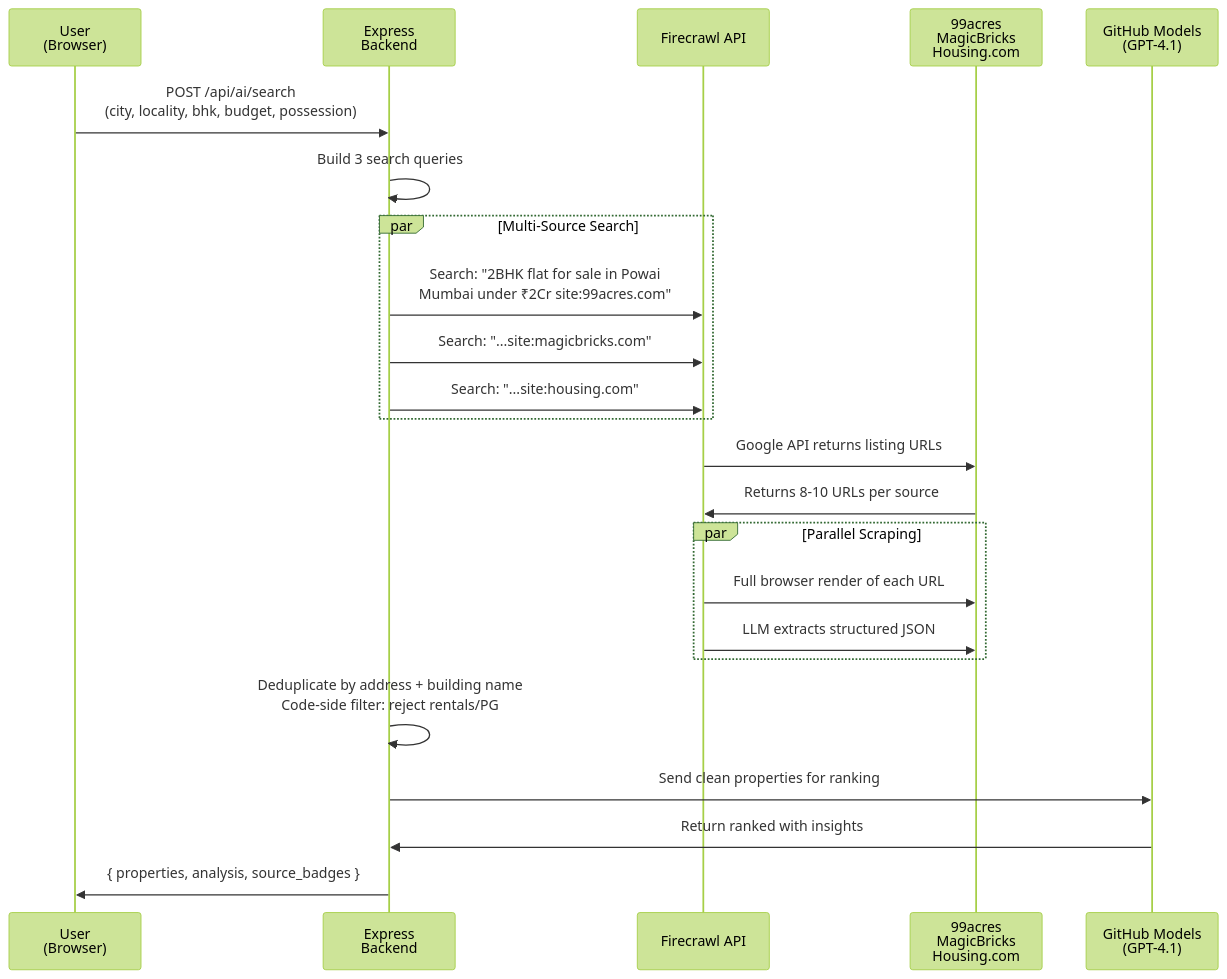
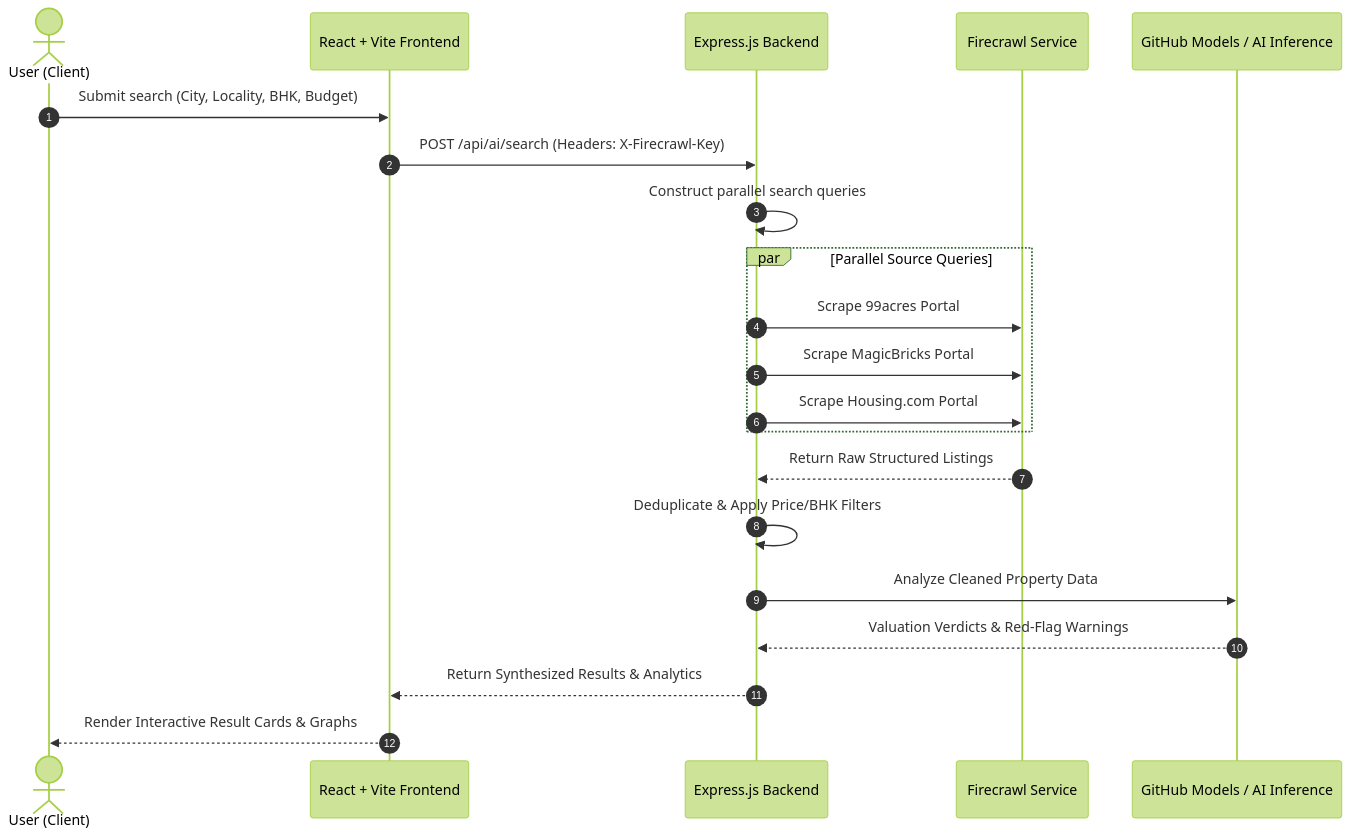
The first of 2 diagrams in README.md (abhishekachar05/Real-Estate-Website), drawn with Mermaid (forest theme) before and after one commit. The commit also changed other lines of this file, not shown here.

Commit message:
docs: modernize and redesign README with clean layout and working previews

````diff
--- a/README.md
+++ b/README.md
@@ -142,32 +143,24 @@
 ```mermaid
 sequenceDiagram
-    participant User as User<br/>(Browser)
-    participant Backend as Express<br/>Backend
-    participant Firecrawl as Firecrawl API
-    participant Sources as 99acres<br/>MagicBricks<br/>Housing.com
-    participant AI as GitHub Models<br/>(GPT-4.1)
+    autonumber
+    actor User as User (Client)
+    participant Client as React + Vite Frontend
+    participant API as Express.js Backend
+    participant FC as Firecrawl Service
+    participant LLM as GitHub Models / AI Inference
     
-    User->>Backend: POST /api/ai/search<br/>(city, locality, bhk, budget, possession)
-    Backend->>Backend: Build 3 search queries
-    
-    par Multi-Source Search
-        Backend->>Firecrawl: Search: "2BHK flat for sale in Powai<br/>Mumbai under ₹2Cr site:99acres.com"
-        Backend->>Firecrawl: Search: "...site:magicbricks.com"
-        Backend->>Firecrawl: Search: "...site:housing.com"
+    User->>Client: Submit search (City, Locality, BHK, Budget)
+    Client->>API: POST /api/ai/search (Headers: X-Firecrawl-Key)
+    API->>API: Construct parallel search queries
+    par Parallel Source Queries
+        API->>FC: Scrape 99acres Portal
+        API->>FC: Scrape MagicBricks Portal
+        API->>FC: Scrape Housing.com Portal
     end
-    
-    Firecrawl->>Sources: Google API returns listing URLs
-    Sources->>Firecrawl: Returns 8-10 URLs per source
-    
-    par Parallel Scraping
-        Firecrawl->>Sources: Full browser render of each URL
-        Firecrawl->>Sources: LLM extracts structured JSON
-    end
-    
-    Backend->>Backend: Deduplicate by address + building name<br/>Code-side filter: reject rentals/PG
-    
-    Backend->>AI: Send clean properties for ranking
-    AI->>Backend: Return ranked with insights
-    
-    Backend->>User: { properties, analysis, source_badges }
+    FC-->>API: Return Raw Structured Listings
+    API->>API: Deduplicate & Apply Price/BHK Filters
+    API->>LLM: Analyze Cleaned Property Data
+    LLM-->>API: Valuation Verdicts & Red-Flag Warnings
+    API-->>Client: Return Synthesized Results & Analytics
+    Client-->>User: Render Interactive Result Cards & Graphs
 ```
````
